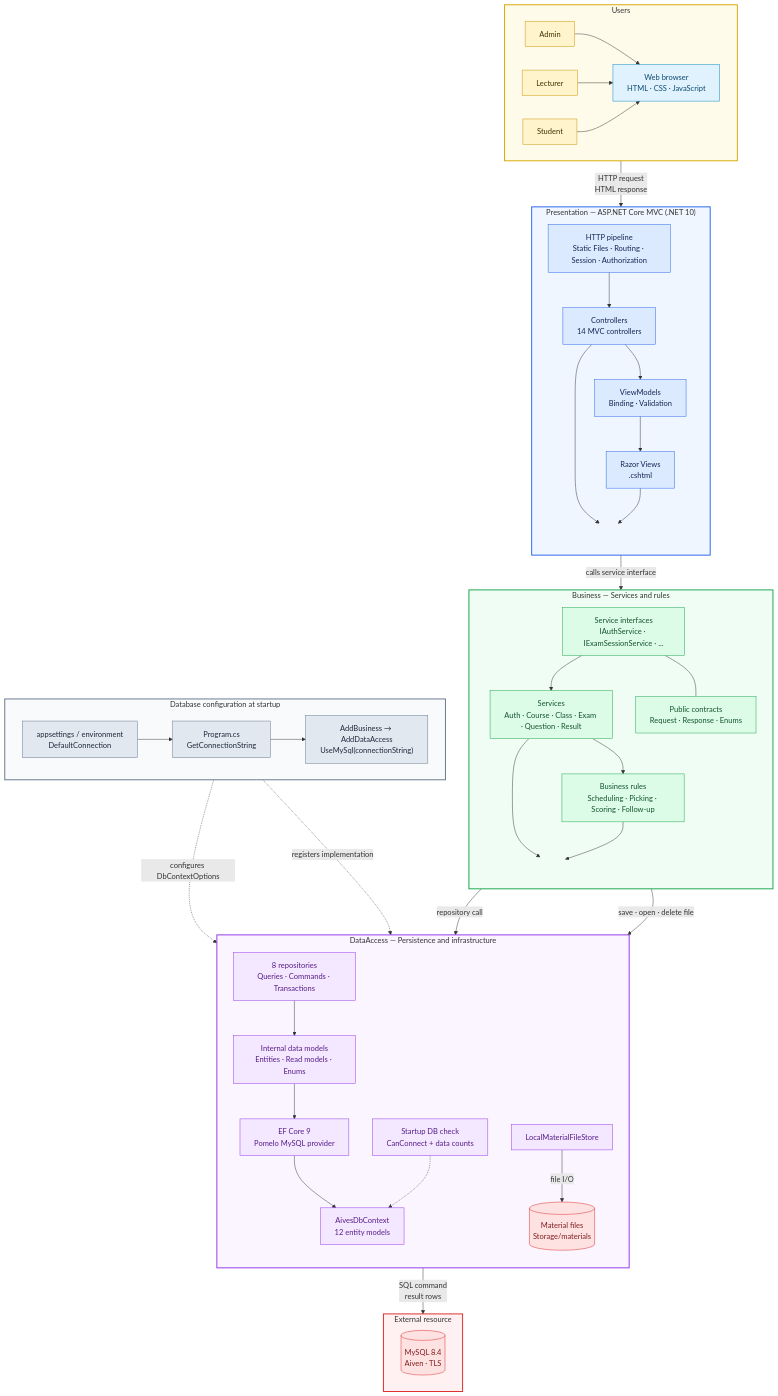
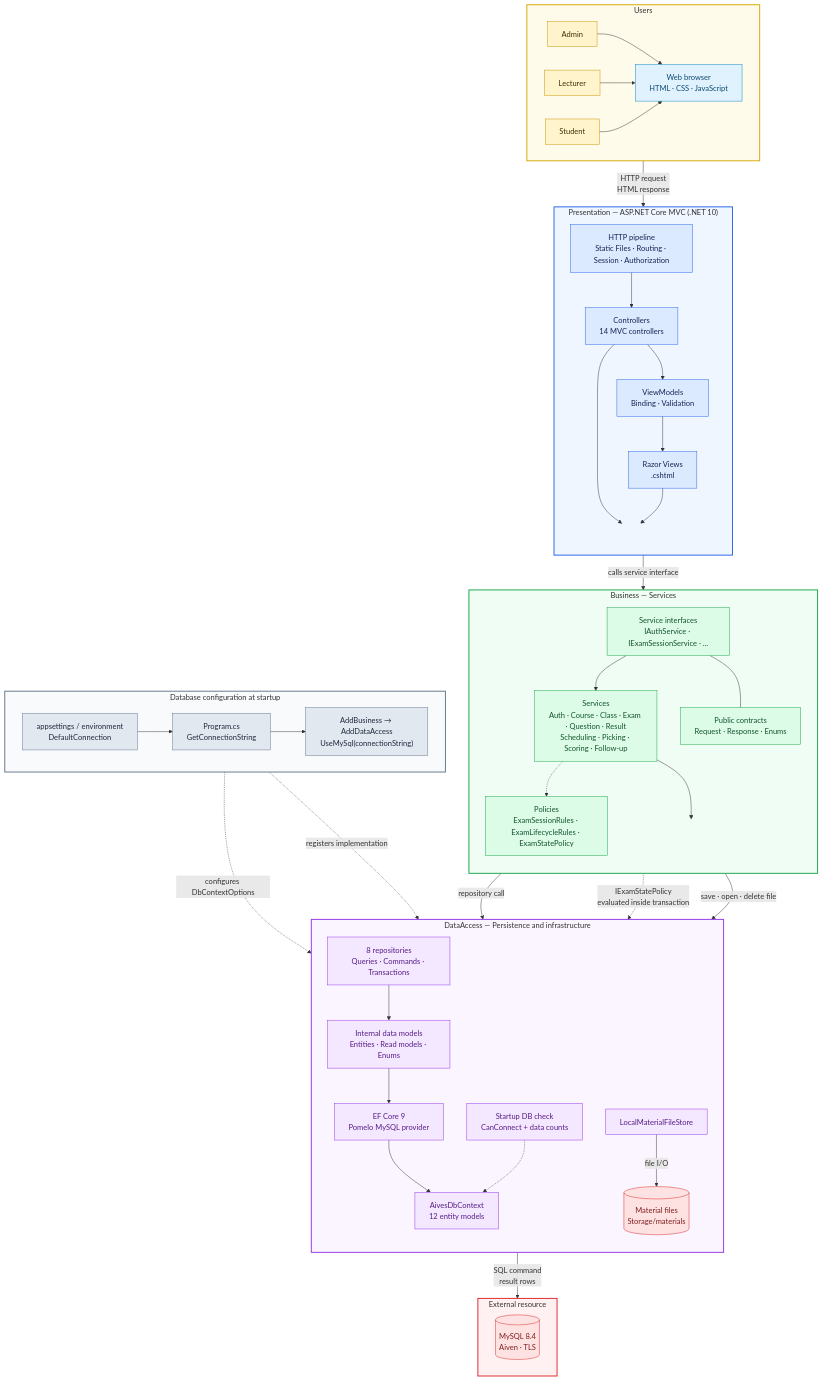
One commit to zanh154/PRN212_AS1 changed the diagram in docs/architecture.mmd. Above: the diagram before and after it, drawn with Mermaid. The commit also changed 69 other files, not shown here.

```diff
--- a/docs/architecture.mmd
+++ b/docs/architecture.mmd
@@ -1,96 +1,97 @@
 flowchart TB
     subgraph Users["Users"]
         direction LR
         Admin["Admin"]
         Lecturer["Lecturer"]
         Student["Student"]
         Browser["Web browser<br/>HTML · CSS · JavaScript"]
         Admin --> Browser
         Lecturer --> Browser
         Student --> Browser
     end
 
     subgraph Presentation["Presentation — ASP.NET Core MVC (.NET 10)"]
         direction TB
         Pipeline["HTTP pipeline<br/>Static Files · Routing · Session · Authorization"]
         Controllers["Controllers<br/>14 MVC controllers"]
         ViewModels["ViewModels<br/>Binding · Validation"]
         Views["Razor Views<br/>.cshtml"]
         PresentationOut[" "]
         Pipeline --> Controllers --> ViewModels --> Views
         Controllers --> PresentationOut
         Views --> PresentationOut
     end
 
-    subgraph Business["Business — Services and rules"]
+    subgraph Business["Business — Services"]
         direction TB
         ServicePorts["Service interfaces<br/>IAuthService · IExamSessionService · ..."]
-        Services["Services<br/>Auth · Course · Class · Exam · Question · Result"]
-        Rules["Business rules<br/>Scheduling · Picking · Scoring · Follow-up"]
+        Services["Services<br/>Auth · Course · Class · Exam · Question · Result<br/>Scheduling · Picking · Scoring · Follow-up"]
+        Policies["Policies<br/>ExamSessionRules · ExamLifecycleRules · ExamStatePolicy"]
         Contracts["Public contracts<br/>Request · Response · Enums"]
         BusinessOut[" "]
-        ServicePorts --> Services --> Rules
+        ServicePorts --> Services
         ServicePorts --- Contracts
+        Services -.-> Policies
         Services --> BusinessOut
-        Rules --> BusinessOut
     end
 
     subgraph DataAccess["DataAccess — Persistence and infrastructure"]
         direction TB
         Repositories["8 repositories<br/>Queries · Commands · Transactions"]
         DataModels["Internal data models<br/>Entities · Read models · Enums"]
         EF["EF Core 9<br/>Pomelo MySQL provider"]
         DbContext["AivesDbContext<br/>12 entity models"]
         DbCheck["Startup DB check<br/>CanConnect + data counts"]
         FileStore["LocalMaterialFileStore"]
         MaterialFiles[("Material files<br/>Storage/materials")]
         Repositories --> DataModels --> EF --> DbContext
         DbCheck -.-> DbContext
     end
 
     subgraph Configuration["Database configuration at startup"]
         direction LR
         Settings["appsettings / environment<br/>DefaultConnection"]
         Program["Program.cs<br/>GetConnectionString"]
         Registration["AddBusiness → AddDataAccess<br/>UseMySql(connectionString)"]
         Settings --> Program --> Registration
     end
 
     subgraph Resources["External resource"]
         direction LR
         MySQL[("MySQL 8.4<br/>Aiven · TLS")]
     end
 
     Browser -->|"HTTP request<br/>HTML response"| Pipeline
     PresentationOut -->|"calls service interface"| ServicePorts
     BusinessOut -->|"repository call"| Repositories
+    Policies -.->|"IExamStatePolicy<br/>evaluated inside transaction"| Repositories
     Services -->|"save · open · delete file"| FileStore
     Registration -.->|"configures DbContextOptions"| EF
     Registration -.->|"registers implementation"| FileStore
     DbContext -->|"SQL command<br/>result rows"| MySQL
     FileStore -->|"file I/O"| MaterialFiles
 
     classDef actor fill:#fff4cc,stroke:#c79200,color:#3d3100
     classDef client fill:#e0f2fe,stroke:#0284c7,color:#0c4a6e
     classDef presentation fill:#dbeafe,stroke:#2563eb,color:#172554
     classDef business fill:#dcfce7,stroke:#16a34a,color:#14532d
     classDef data fill:#f3e8ff,stroke:#9333ea,color:#581c87
     classDef config fill:#e2e8f0,stroke:#64748b,color:#1e293b
     classDef storage fill:#fee2e2,stroke:#dc2626,color:#7f1d1d
     classDef hidden fill:transparent,stroke:transparent,color:transparent
 
     class Admin,Lecturer,Student actor
     class Browser client
     class Pipeline,Controllers,ViewModels,Views presentation
-    class ServicePorts,Services,Rules,Contracts business
+    class ServicePorts,Services,Policies,Contracts business
     class Repositories,DataModels,EF,DbContext,DbCheck,FileStore data
     class Settings,Program,Registration config
     class MySQL,MaterialFiles storage
     class PresentationOut,BusinessOut hidden
 
     style Users fill:#fffbeb,stroke:#d6a700,stroke-width:2px
     style Presentation fill:#eff6ff,stroke:#2563eb,stroke-width:2px
     style Business fill:#f0fdf4,stroke:#16a34a,stroke-width:2px
     style DataAccess fill:#faf5ff,stroke:#9333ea,stroke-width:2px
     style Configuration fill:#f8fafc,stroke:#64748b,stroke-width:2px
     style Resources fill:#fff1f2,stroke:#dc2626,stroke-width:2px
```
